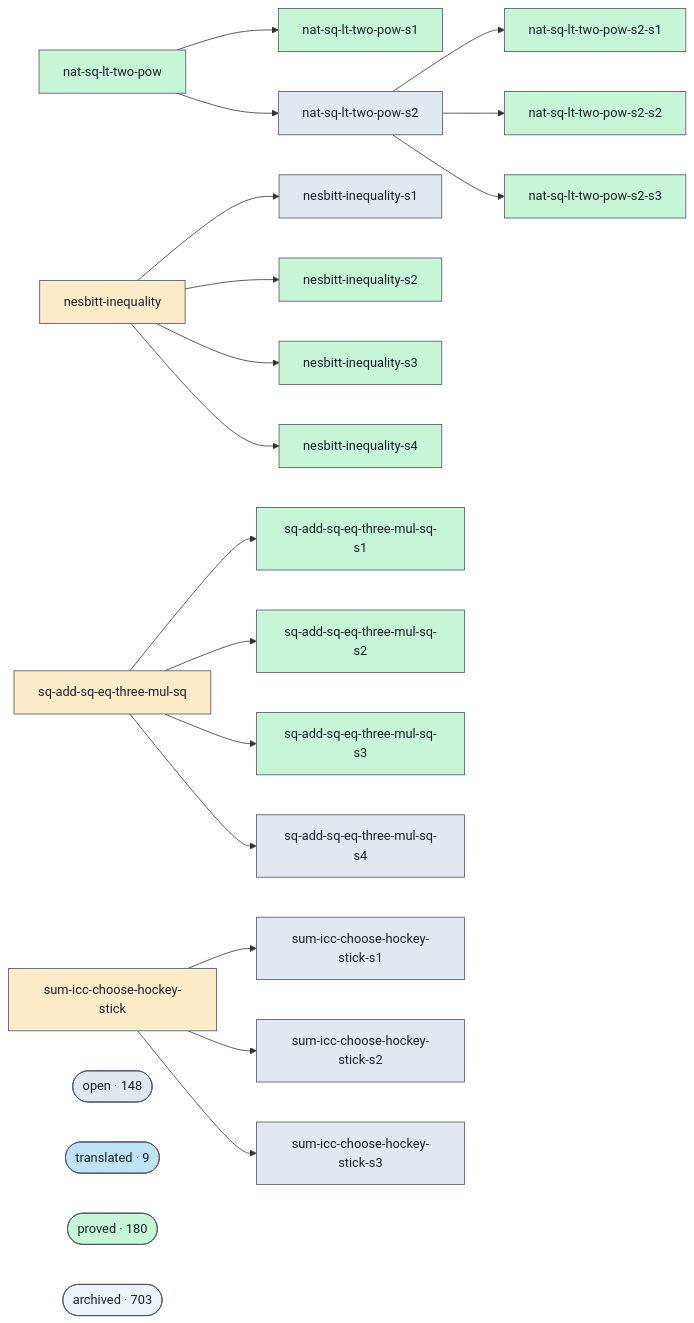
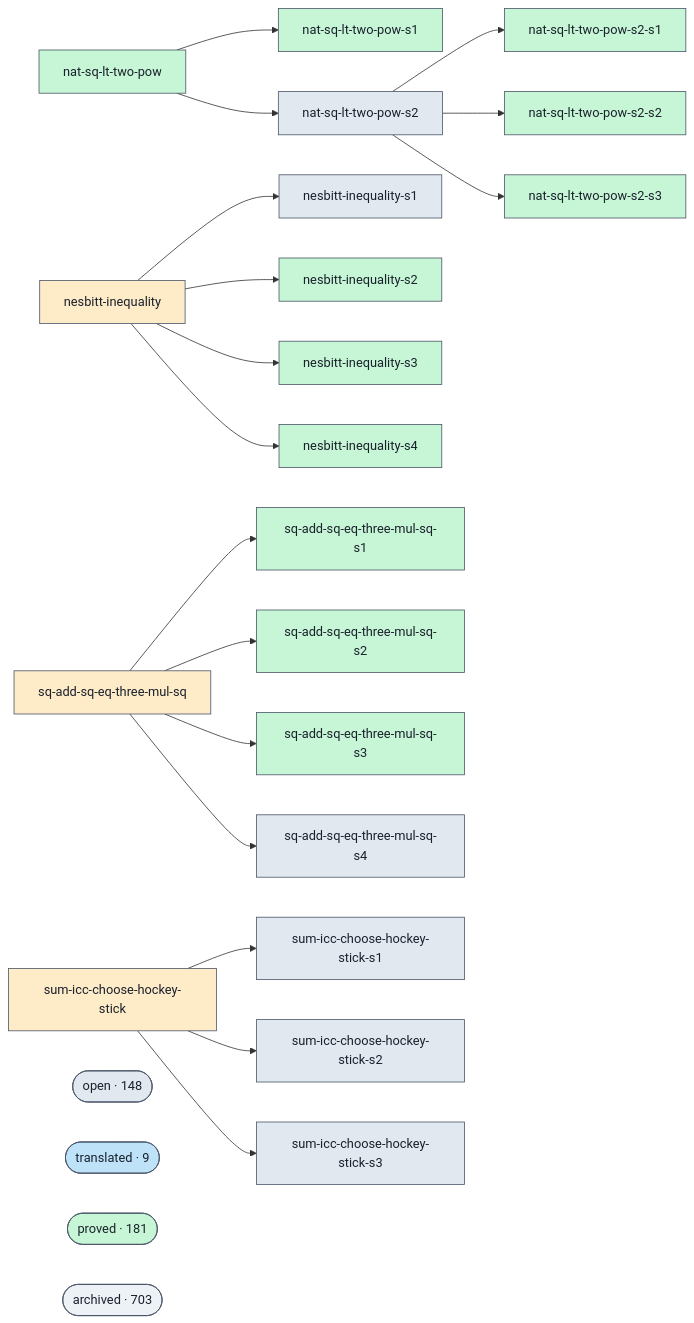
Before and after one commit to ohdearquant/unsorry: the diagram in docs/proofs-contributors-visualisation.md, drawn with Mermaid. The commit also changed other lines of this file and 2 other files, not shown here.

```diff
--- a/docs/proofs-contributors-visualisation.md
+++ b/docs/proofs-contributors-visualisation.md
@@ -102,7 +102,7 @@
   class cluster_open open;
   cluster_translated(["translated · 9"])
   class cluster_translated translated;
-  cluster_proved(["proved · 180"])
+  cluster_proved(["proved · 181"])
   class cluster_proved proved;
   cluster_archived(["archived · 703"])
   class cluster_archived unknown;
```
